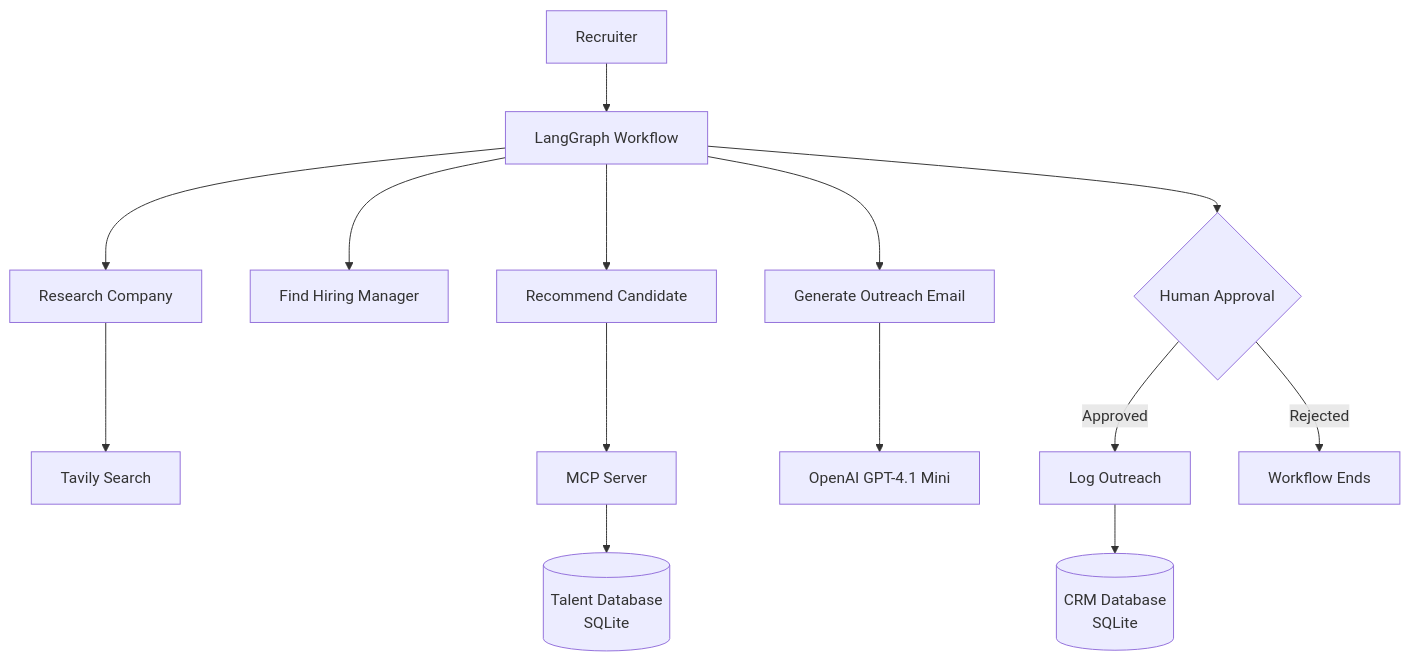
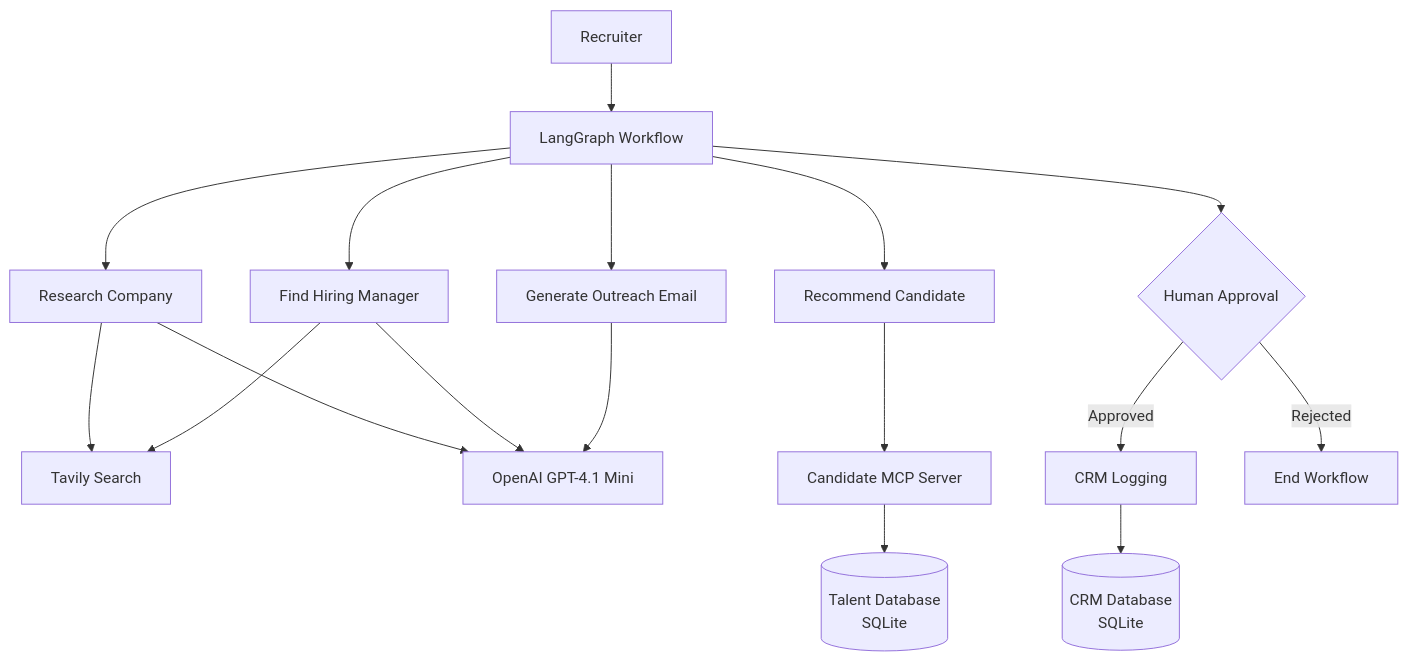
One commit to Sai-Pottipothula/ai-recruiting-outreach-agent changed the diagram in README.md. Above: the diagram before and after it, drawn with Mermaid. The commit also changed other lines of this file, not shown here.

````diff
--- a/README.md
+++ b/README.md
@@ -13,24 +28,27 @@
 ```mermaid
 flowchart TD
 
     A[Recruiter] --> B[LangGraph Workflow]
 
     B --> C[Research Company]
     C --> D[Tavily Search]
+    C --> E[OpenAI GPT-4.1 Mini]
 
-    B --> E[Find Hiring Manager]
+    B --> F[Find Hiring Manager]
+    F --> D
+    F --> E
 
-    B --> F[Recommend Candidate]
-    F --> G[MCP Server]
-    G --> H[(Talent Database<br/>SQLite)]
+    B --> G[Recommend Candidate]
+    G --> H[Candidate MCP Server]
+    H --> I[(Talent Database<br/>SQLite)]
 
-    B --> I[Generate Outreach Email]
-    I --> J[OpenAI GPT-4.1 Mini]
+    B --> J[Generate Outreach Email]
+    J --> E
 
     B --> K{Human Approval}
 
-    K -->|Approved| L[Log Outreach]
+    K -->|Approved| L[CRM Logging]
     L --> M[(CRM Database<br/>SQLite)]
 
-    K -->|Rejected| N[Workflow Ends]
+    K -->|Rejected| N[End Workflow]
 ```
````
